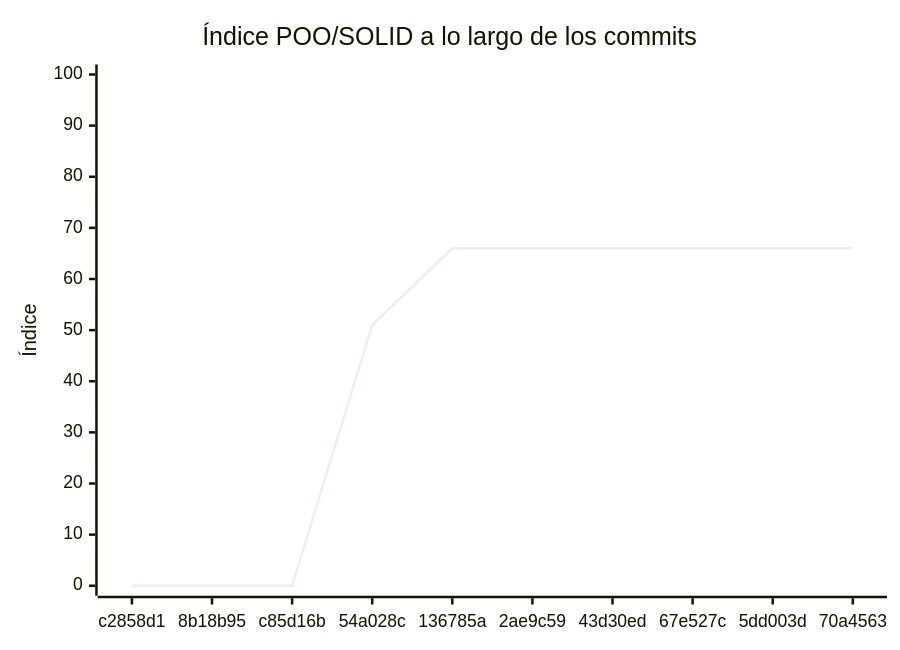
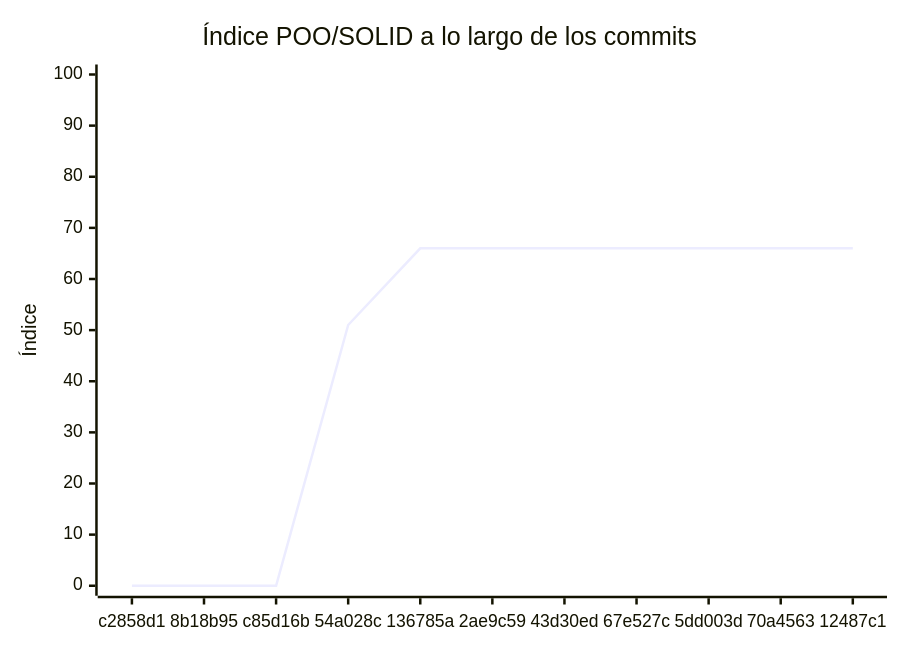
The diagram in docs/EVALUACION.md (Fisicos-informaticos/Tiro_Parab-lico), drawn with Mermaid before and after one commit. The commit also changed other lines of this file, not shown here.

````diff
--- a/docs/EVALUACION.md
+++ b/docs/EVALUACION.md
@@ -222,7 +222,7 @@
 ```mermaid
 xychart-beta
     title "Índice POO/SOLID a lo largo de los commits"
-    x-axis ["c2858d1", "8b18b95", "c85d16b", "54a028c", "136785a", "2ae9c59", "43d30ed", "67e527c", "5dd003d", "70a4563"]
+    x-axis ["c2858d1", "8b18b95", "c85d16b", "54a028c", "136785a", "2ae9c59", "43d30ed", "67e527c", "5dd003d", "70a4563", "12487c1"]
     y-axis "Índice" 0 --> 100
-    line [0, 0, 0, 51, 66, 66, 66, 66, 66, 66]
+    line [0, 0, 0, 51, 66, 66, 66, 66, 66, 66, 66]
 ```
````
